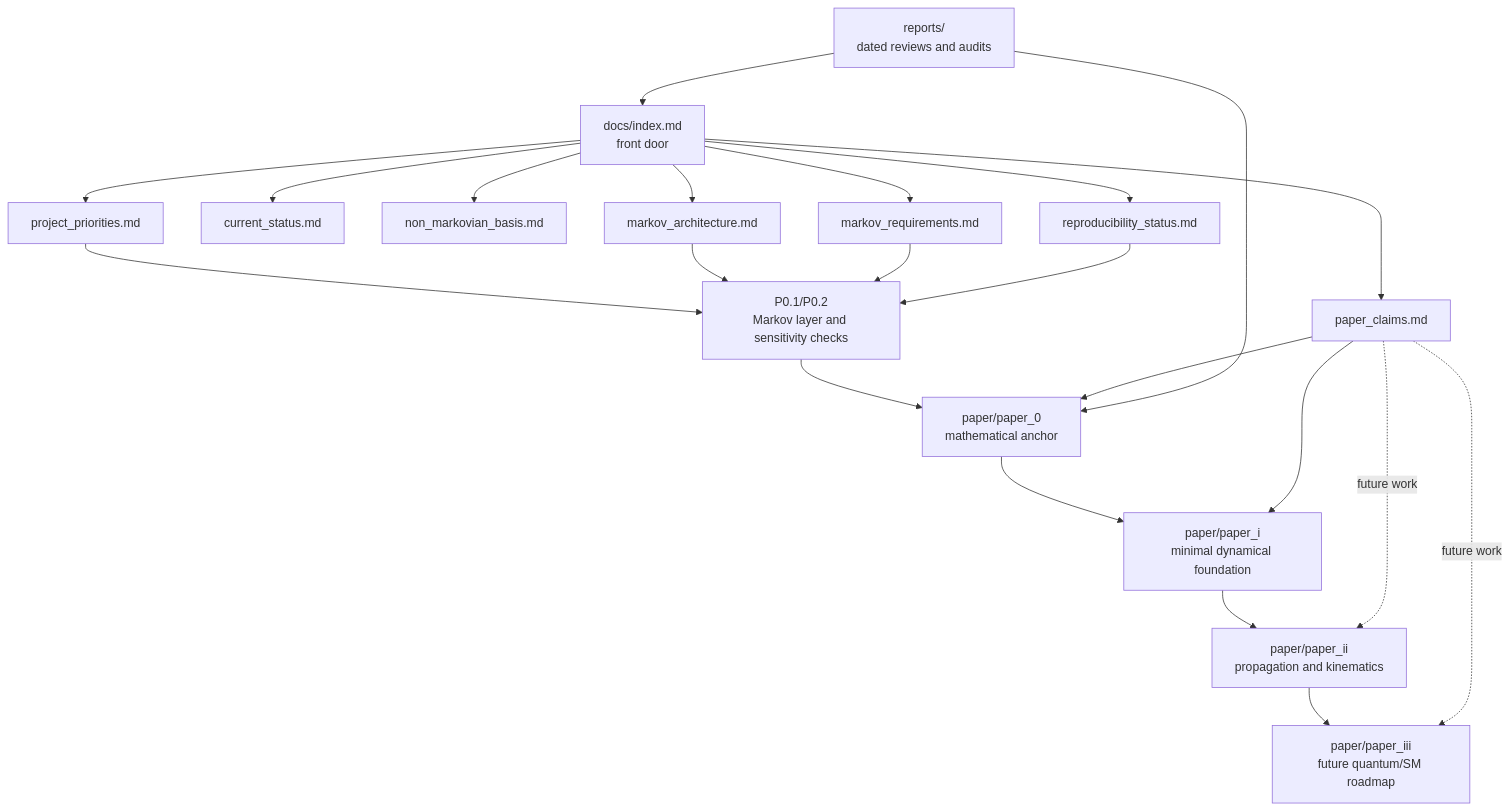
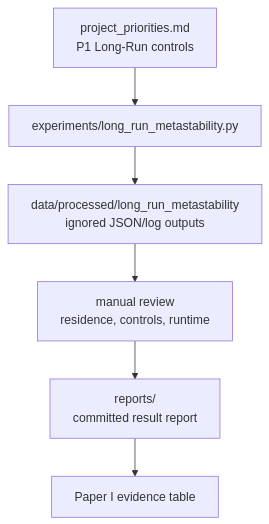
One commit to MemoryDynamics/Knoten changed the fourth of 4 diagrams in docs/repository_map.md. Above: the diagram before and after it, drawn with Mermaid. The commit also changed other lines of this file and 29 other files, not shown here.

````diff
--- a/docs/repository_map.md
+++ b/docs/repository_map.md
@@ -72,28 +94,8 @@
 ```mermaid
 flowchart TD
-    docs_front["docs/index.md<br/>front door"] --> priorities["project_priorities.md"]
-    docs_front --> current["current_status.md"]
-    docs_front --> nonmarkov["non_markovian_basis.md"]
-    docs_front --> markov_arch["markov_architecture.md"]
-    docs_front --> markov_req["markov_requirements.md"]
-    docs_front --> repro["reproducibility_status.md"]
-    docs_front --> claims["paper_claims.md"]
-
-    priorities --> p0task["P0.1/P0.2<br/>Markov layer and sensitivity checks"]
-    markov_arch --> p0task
-    markov_req --> p0task
-    repro --> p0task
-
-    p0task --> paper0["paper/paper_0<br/>mathematical anchor"]
-    paper0 --> paper1["paper/paper_i<br/>minimal dynamical foundation"]
-    paper1 --> paper2["paper/paper_ii<br/>propagation and kinematics"]
-    paper2 --> paper3["paper/paper_iii<br/>future quantum/SM roadmap"]
-
-    claims --> paper0
-    claims --> paper1
-    claims -.future work.-> paper2
-    claims -.future work.-> paper3
-
-    reports["reports/<br/>dated reviews and audits"] --> docs_front
-    reports --> paper0
+    plan["project_priorities.md<br/>P1 Long-Run controls"] --> runner["experiments/long_run_metastability.py"]
+    runner --> local["data/processed/long_run_metastability<br/>ignored JSON/log outputs"]
+    local --> review["manual review<br/>residence, controls, runtime"]
+    review --> report["reports/<br/>committed result report"]
+    report --> paper1["Paper I evidence table"]
 ```
````
